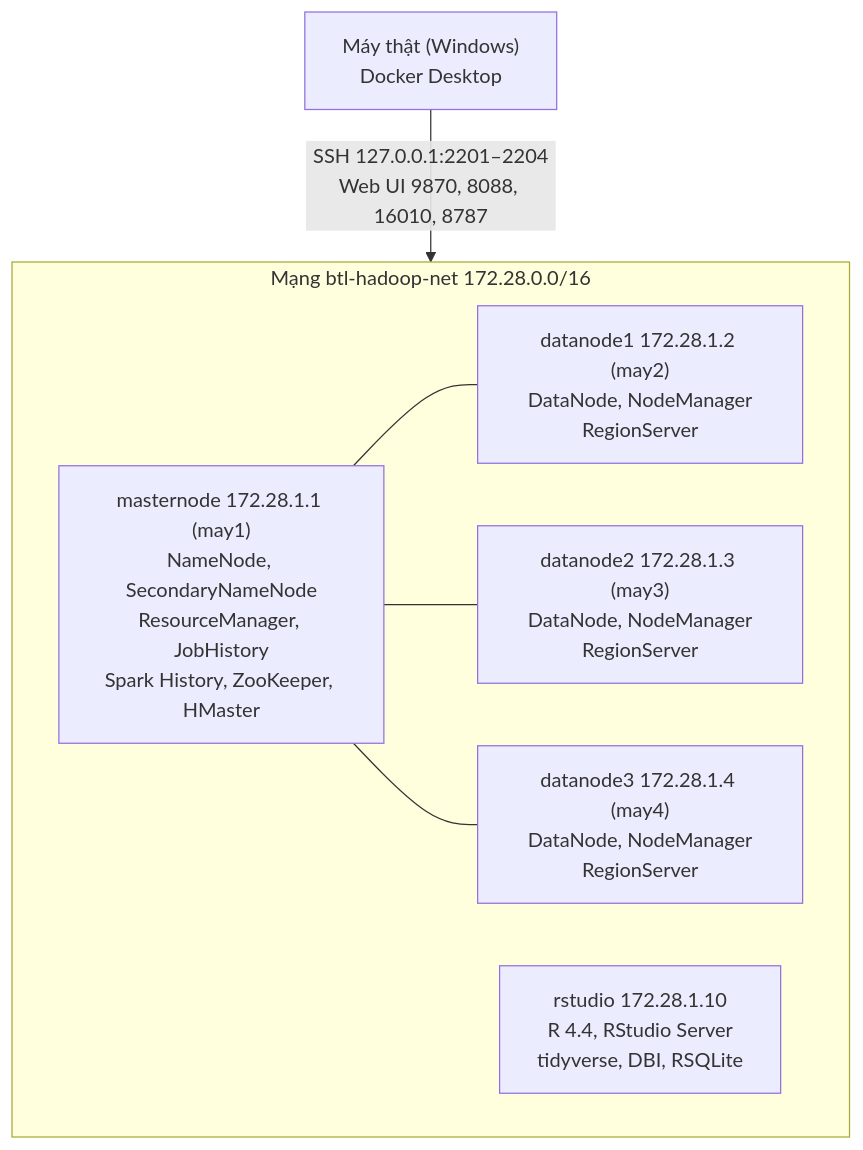
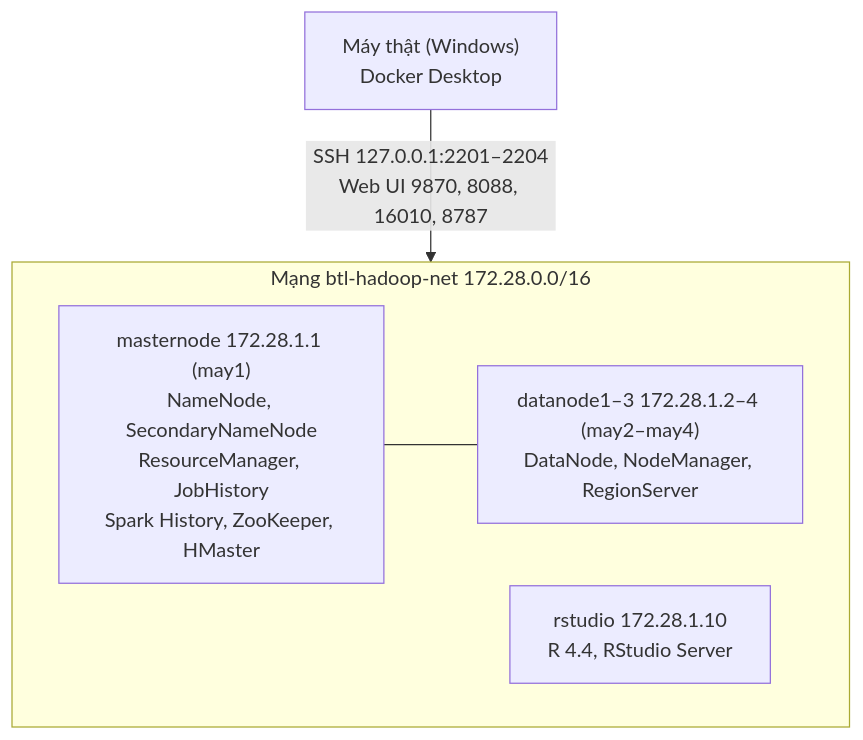
One commit to ariushieu/ecommerce-bigdata-pipeline changed the diagram in report/sections/31-moi-truong.md. Above: the diagram before and after it, drawn with Mermaid. The commit also changed other lines of this file and 32 other files, not shown here.

````diff
--- a/report/sections/31-moi-truong.md
+++ b/report/sections/31-moi-truong.md
@@ -5,14 +5,10 @@
 ```mermaid
 flowchart TB
   subgraph NET["Mạng btl-hadoop-net 172.28.0.0/16"]
     M["masternode 172.28.1.1 (may1)<br/>NameNode, SecondaryNameNode<br/>ResourceManager, JobHistory<br/>Spark History, ZooKeeper, HMaster"]
-    D1["datanode1 172.28.1.2 (may2)<br/>DataNode, NodeManager<br/>RegionServer"]
-    D2["datanode2 172.28.1.3 (may3)<br/>DataNode, NodeManager<br/>RegionServer"]
-    D3["datanode3 172.28.1.4 (may4)<br/>DataNode, NodeManager<br/>RegionServer"]
-    R["rstudio 172.28.1.10<br/>R 4.4, RStudio Server<br/>tidyverse, DBI, RSQLite"]
+    D["datanode1–3 172.28.1.2–4 (may2–may4)<br/>DataNode, NodeManager, RegionServer"]
+    R["rstudio 172.28.1.10<br/>R 4.4, RStudio Server"]
   end
-  M --- D1
-  M --- D2
-  M --- D3
+  M --- D
   U["Máy thật (Windows)<br/>Docker Desktop"] -- "SSH 127.0.0.1:2201–2204<br/>Web UI 9870, 8088, 16010, 8787" --> NET
 ```
````
